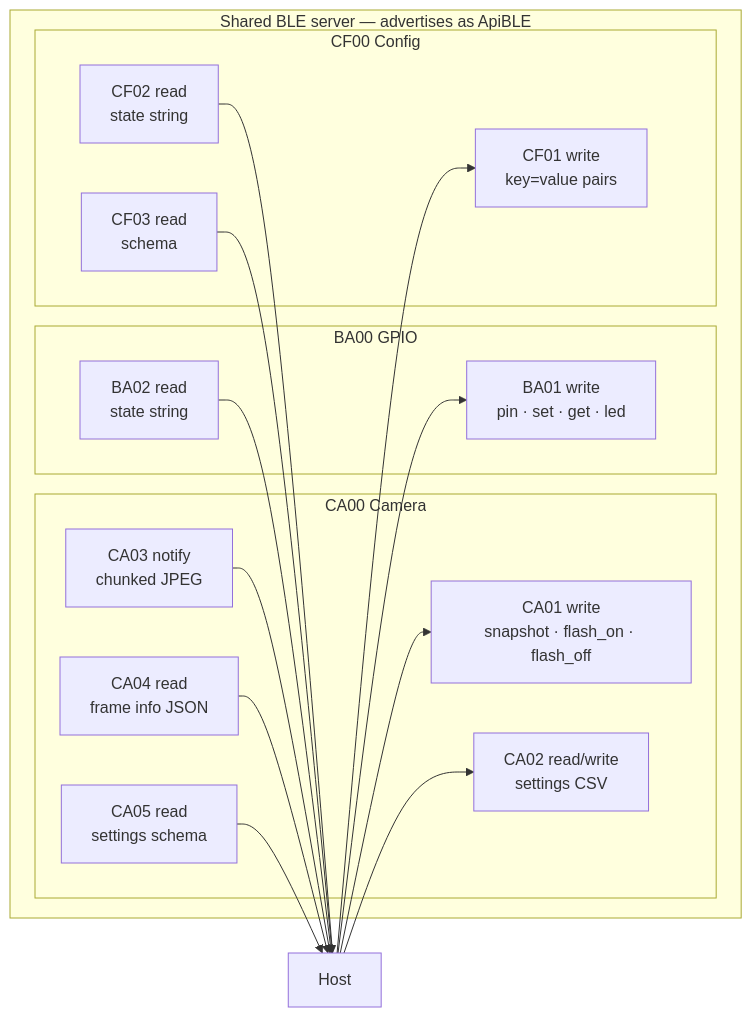
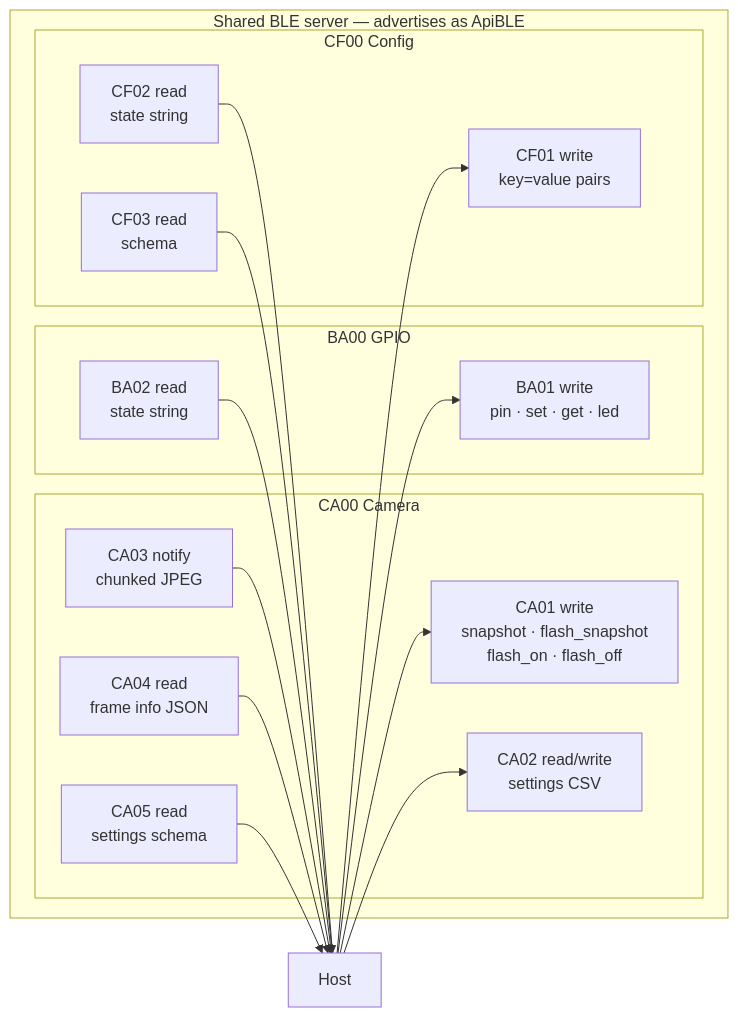
One commit to myndfire/Robotics changed the fifth of 10 diagrams in firmware/ARCHITECTURE.md. Above: the diagram before and after it, drawn with Mermaid. The commit also changed other lines of this file and 36 other files, not shown here.

````diff
--- a/firmware/ARCHITECTURE.md
+++ b/firmware/ARCHITECTURE.md
@@ -309,36 +309,36 @@
 ```mermaid
 flowchart LR
     HOST["Host"]
 
     subgraph Server["Shared BLE server — advertises as ApiBLE"]
         subgraph CA["CA00 Camera"]
-            CA01["CA01 write<br/>snapshot · flash_on · flash_off"]
+            CA01["CA01 write<br/>snapshot · flash_snapshot<br/>flash_on · flash_off"]
             CA02["CA02 read/write<br/>settings CSV"]
             CA03["CA03 notify<br/>chunked JPEG"]
             CA04["CA04 read<br/>frame info JSON"]
             CA05["CA05 read<br/>settings schema"]
         end
 
         subgraph BA["BA00 GPIO"]
             BA01["BA01 write<br/>pin · set · get · led"]
             BA02["BA02 read<br/>state string"]
         end
 
         subgraph CF["CF00 Config"]
             CF01["CF01 write<br/>key=value pairs"]
             CF02["CF02 read<br/>state string"]
             CF03["CF03 read<br/>schema"]
         end
     end
 
     HOST --> CA01
     HOST --> CA02
     CA03 --> HOST
     CA04 --> HOST
     CA05 --> HOST
     HOST --> BA01
     BA02 --> HOST
     HOST --> CF01
     CF02 --> HOST
     CF03 --> HOST
 ```
````
